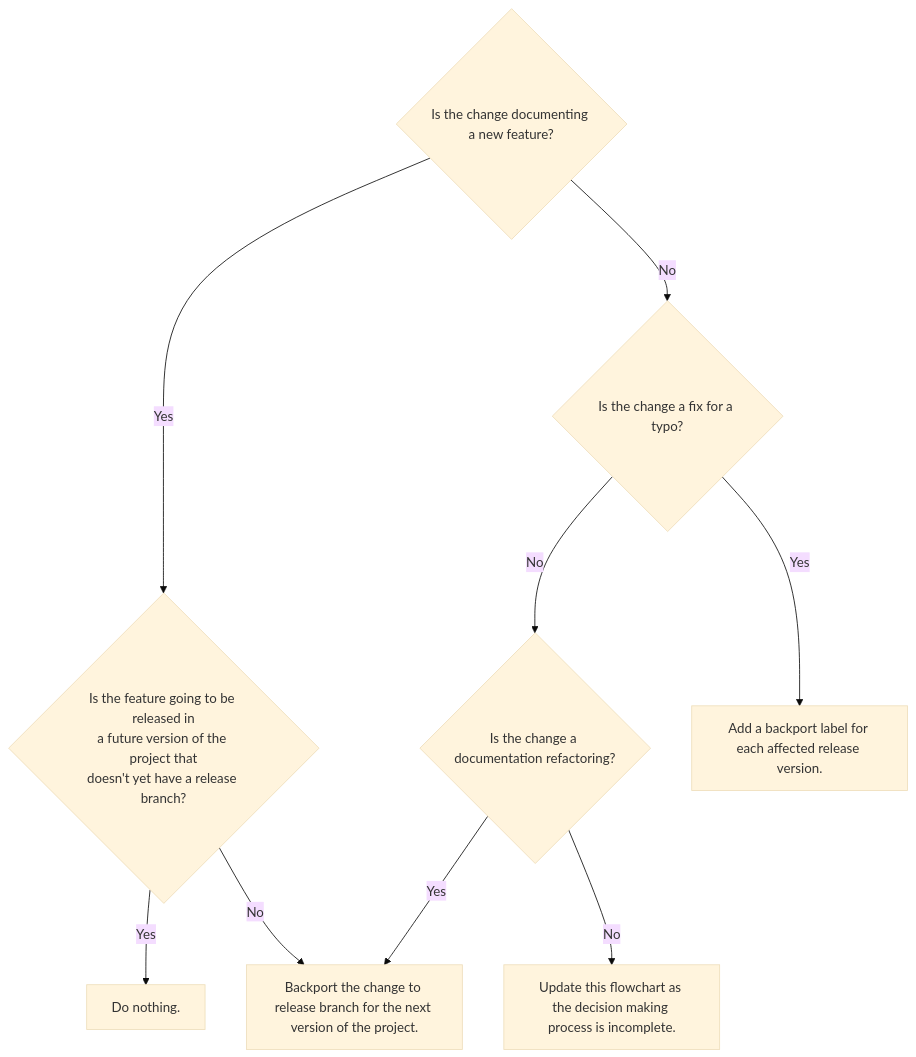
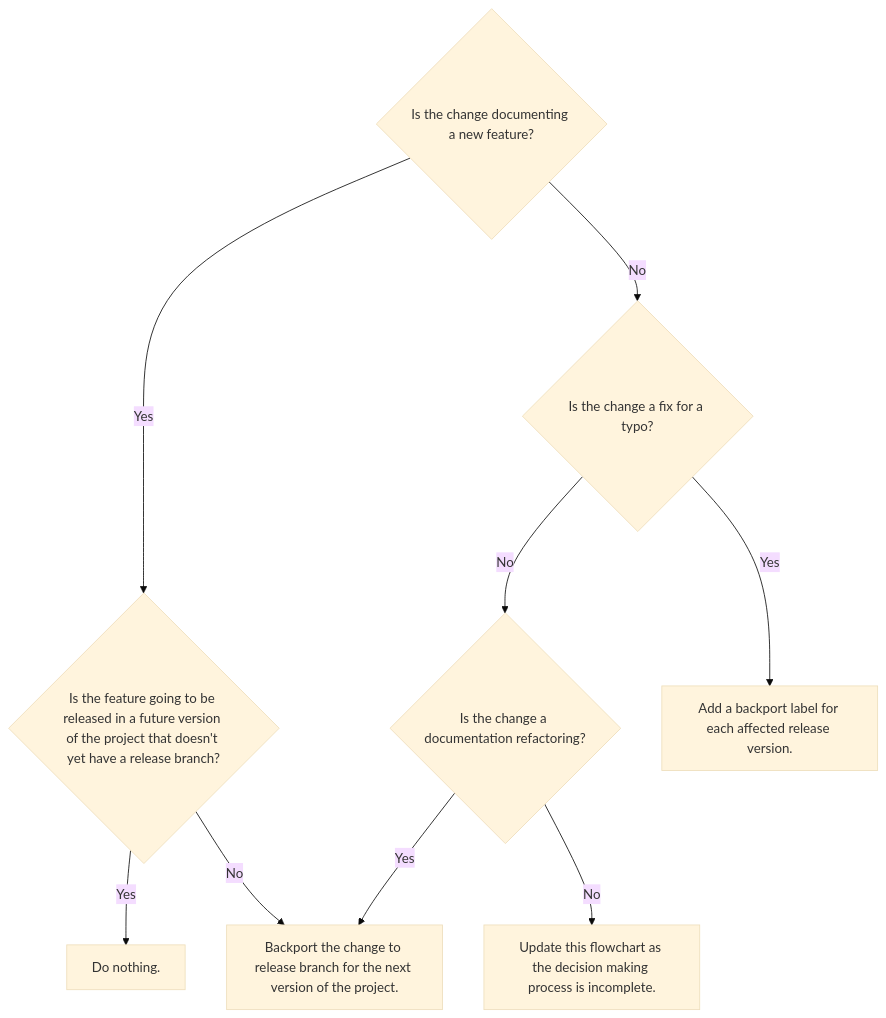
One commit to grafana/writers-toolkit changed the diagram in docs/sources/review/backport-changes/index.md. Above: the diagram before and after it, drawn with Mermaid (base theme). The commit also changed 2 other files, not shown here.

Commit message:
Remove all non-semantic uses of <br>
https://html.spec.whatwg.org/multipage/text-level-semantics.html#the-br-element
https://developers.google.com/style/tables#multi-paragraph-table-cells

```diff
--- a/docs/sources/review/backport-changes/index.md
+++ b/docs/sources/review/backport-changes/index.md
@@ -58,19 +58,19 @@
 <div class="mermaid">
   flowchart TD
   D1{Is the change documenting a new feature?}
-  D2{Is the feature going to be released in<br>a future version of the project that<br>doesn't yet have a release branch?}
+  D2{Is the feature going to be released in a future version of the project that doesn't yet have a release branch?}
   D3{Is the change a fix for a typo?}
   D4{Is the change a documentation refactoring?}
   T1[Do nothing.]
   T2[Add a backport label for each affected release version.]
   T3[Update this flowchart as the decision making process is incomplete.]
   T4[Backport the change to release branch for the next version of the project.]
   D1 -- Yes --> D2
   D1 -- No -->  D3
   D2 -- Yes --> T1
   D2 -- No -->  T4
   D3 -- Yes --> T2
   D3 -- No -->  D4
   D4 -- Yes --> T4
   D4 -- No -->  T3
 </div>
```
